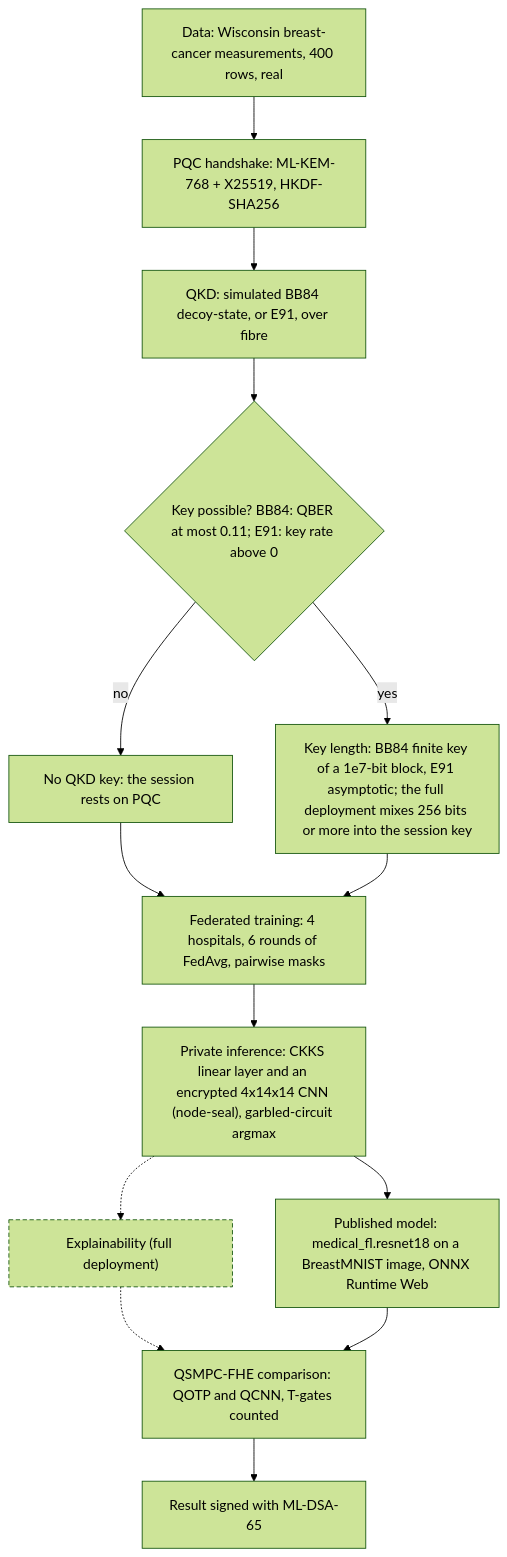
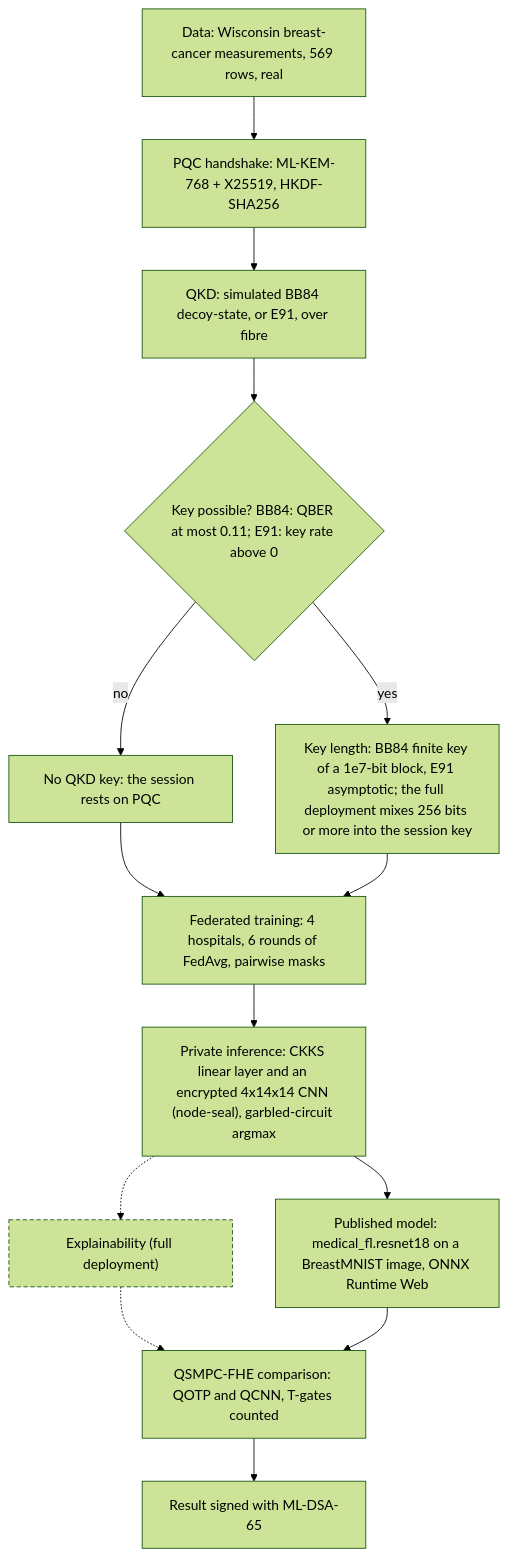
The fourth of 11 diagrams in README.md (Quantum-Daemons/QSMPC-QKD-QHE-AI-Hybrid), drawn with Mermaid (forest theme) before and after one commit. The commit also changed other lines of this file and 107 other files, not shown here.

````diff
--- a/README.md
+++ b/README.md
@@ -145,30 +145,30 @@
 ```mermaid
 flowchart TB
-  D["Data: Wisconsin breast-cancer measurements, 400 rows, real"]
+  D["Data: Wisconsin breast-cancer measurements, 569 rows, real"]
   H["PQC handshake: ML-KEM-768 + X25519, HKDF-SHA256"]
   K["QKD: simulated BB84 decoy-state, or E91, over fibre"]
   Q{"Key possible? BB84: QBER at most 0.11; E91: key rate above 0"}
   N["No QKD key: the session rests on PQC"]
   L["Key length: BB84 finite key of a 1e7-bit block, E91 asymptotic; the full deployment mixes 256 bits or more into the session key"]
   FL["Federated training: 4 hospitals, 6 rounds of FedAvg, pairwise masks"]
   I["Private inference: CKKS linear layer and an encrypted 4x14x14 CNN (node-seal), garbled-circuit argmax"]
   M["Published model: medical_fl.resnet18 on a BreastMNIST image, ONNX Runtime Web"]
   X["Explainability (full deployment)"]
   C["QSMPC-FHE comparison: QOTP and QCNN, T-gates counted"]
   S["Result signed with ML-DSA-65"]
   D --> H
   H --> K
   K --> Q
   Q -->|no| N
   Q -->|yes| L
   N --> FL
   L --> FL
   FL --> I
   I --> M
   I -.-> X
   X -.-> C
   M --> C
   C --> S
   classDef full stroke-dasharray: 5 3
   class X full
 ```
````
